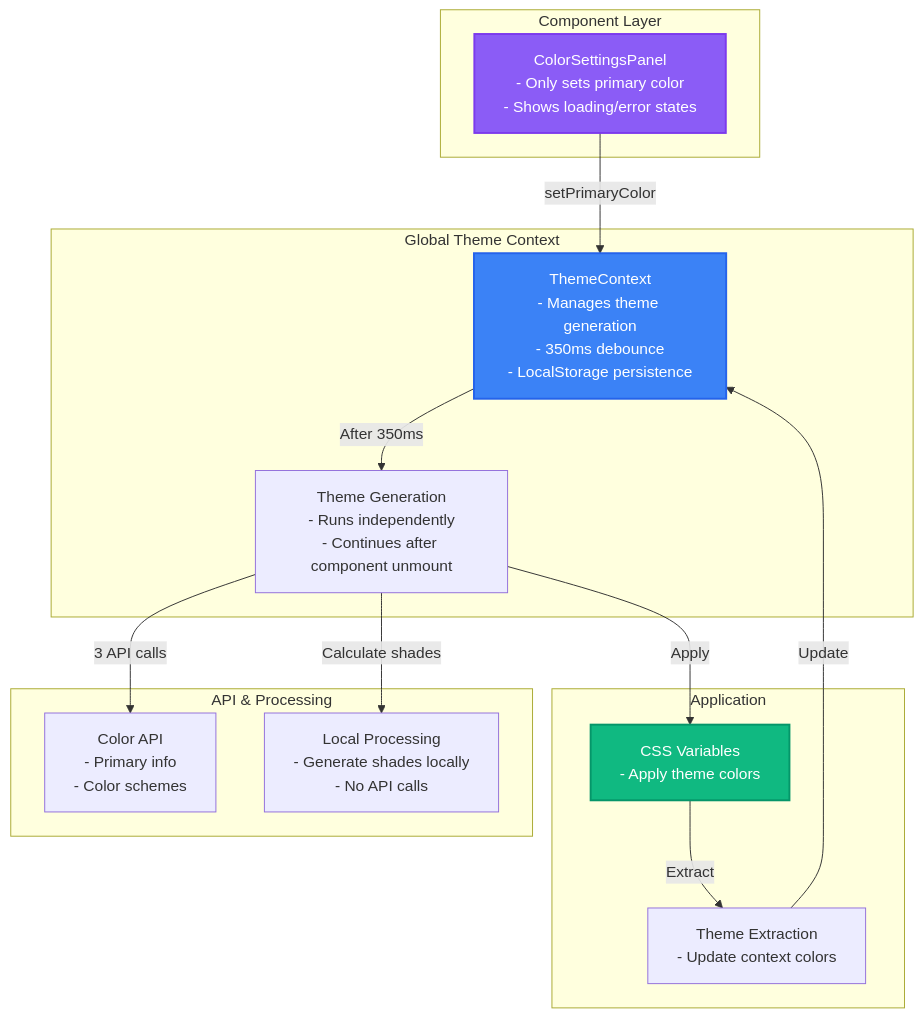
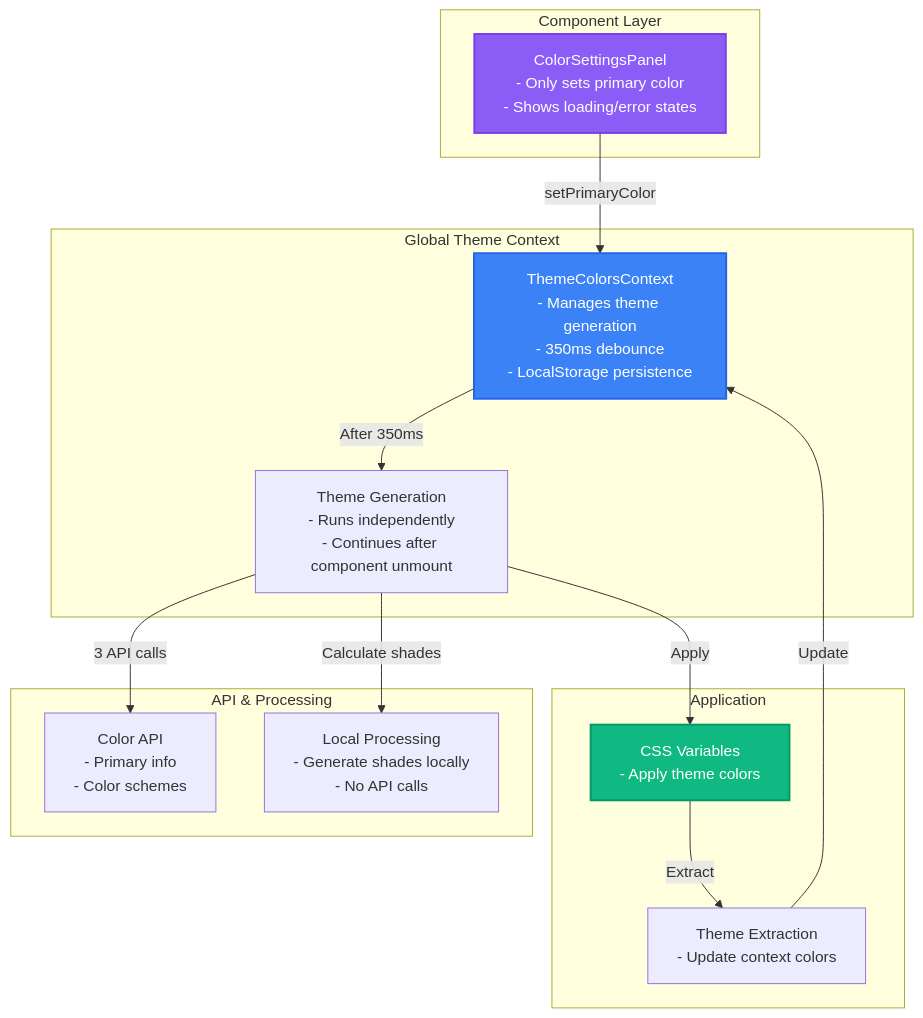
Before and after one commit to DLesas/dimitri_portfolio: the diagram in README.md, drawn with Mermaid. The commit also changed other lines of this file and 38 other files, not shown here.

````diff
--- a/README.md
+++ b/README.md
@@ -36,33 +36,33 @@
 ```mermaid
 graph TB
     subgraph "Component Layer"
         A[ColorSettingsPanel<br/>- Only sets primary color<br/>- Shows loading/error states]
     end
 
     subgraph "Global Theme Context"
-        B[ThemeContext<br/>- Manages theme generation<br/>- 350ms debounce<br/>- LocalStorage persistence]
+        B[ThemeColorsContext<br/>- Manages theme generation<br/>- 350ms debounce<br/>- LocalStorage persistence]
         C[Theme Generation<br/>- Runs independently<br/>- Continues after component unmount]
     end
 
     subgraph "API & Processing"
         D[Color API<br/>- Primary info<br/>- Color schemes]
         E[Local Processing<br/>- Generate shades locally<br/>- No API calls]
     end
 
     subgraph "Application"
         F[CSS Variables<br/>- Apply theme colors]
         G[Theme Extraction<br/>- Update context colors]
     end
 
     A -->|setPrimaryColor| B
     B -->|After 350ms| C
     C -->|3 API calls| D
     C -->|Calculate shades| E
     C -->|Apply| F
     F -->|Extract| G
     G -->|Update| B
 
     style A fill:#8b5cf6,stroke:#7c3aed,stroke-width:2px,color:#fff
     style B fill:#3b82f6,stroke:#2563eb,stroke-width:2px,color:#fff
     style F fill:#10b981,stroke:#059669,stroke-width:2px,color:#fff
 ```
````
